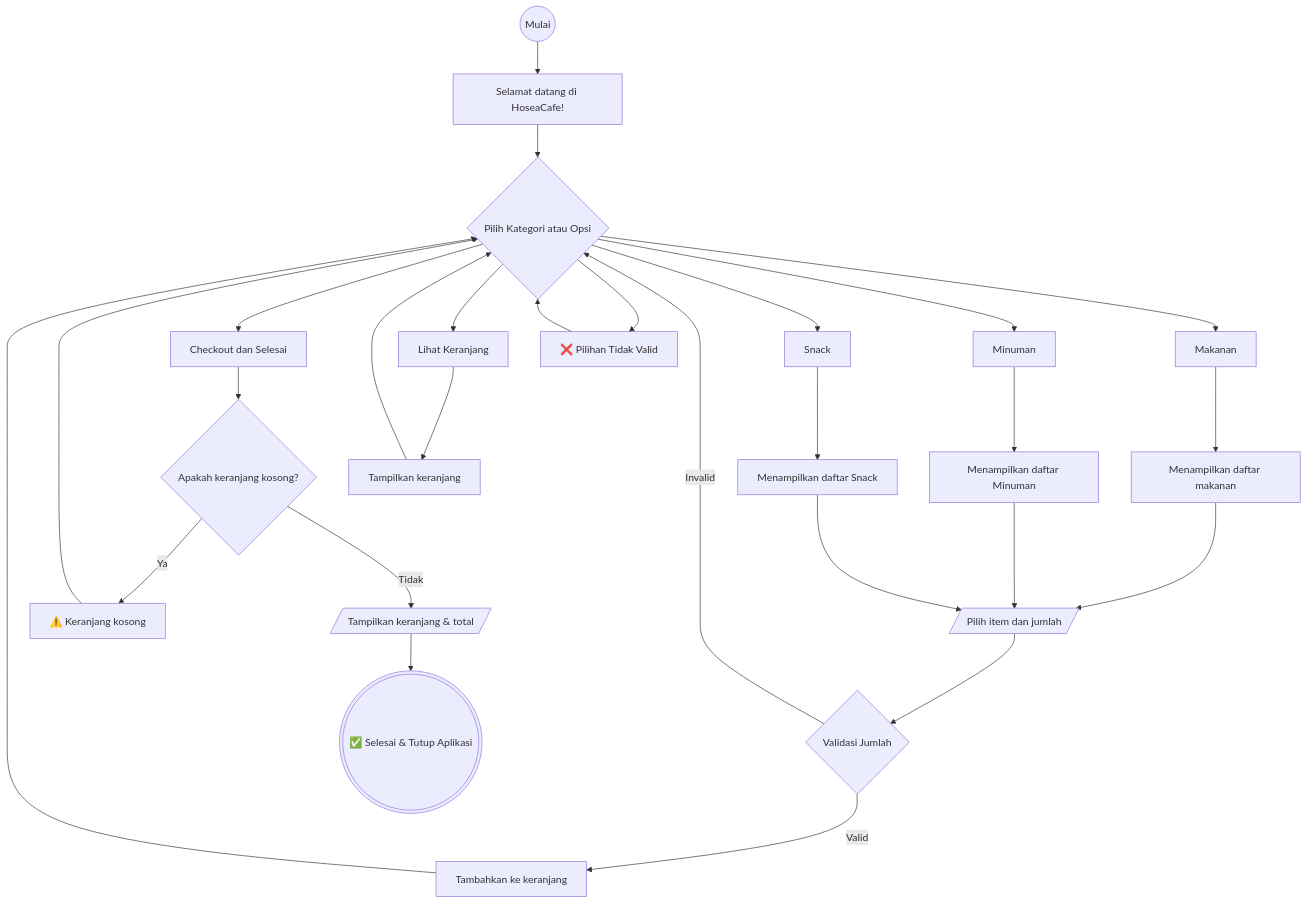
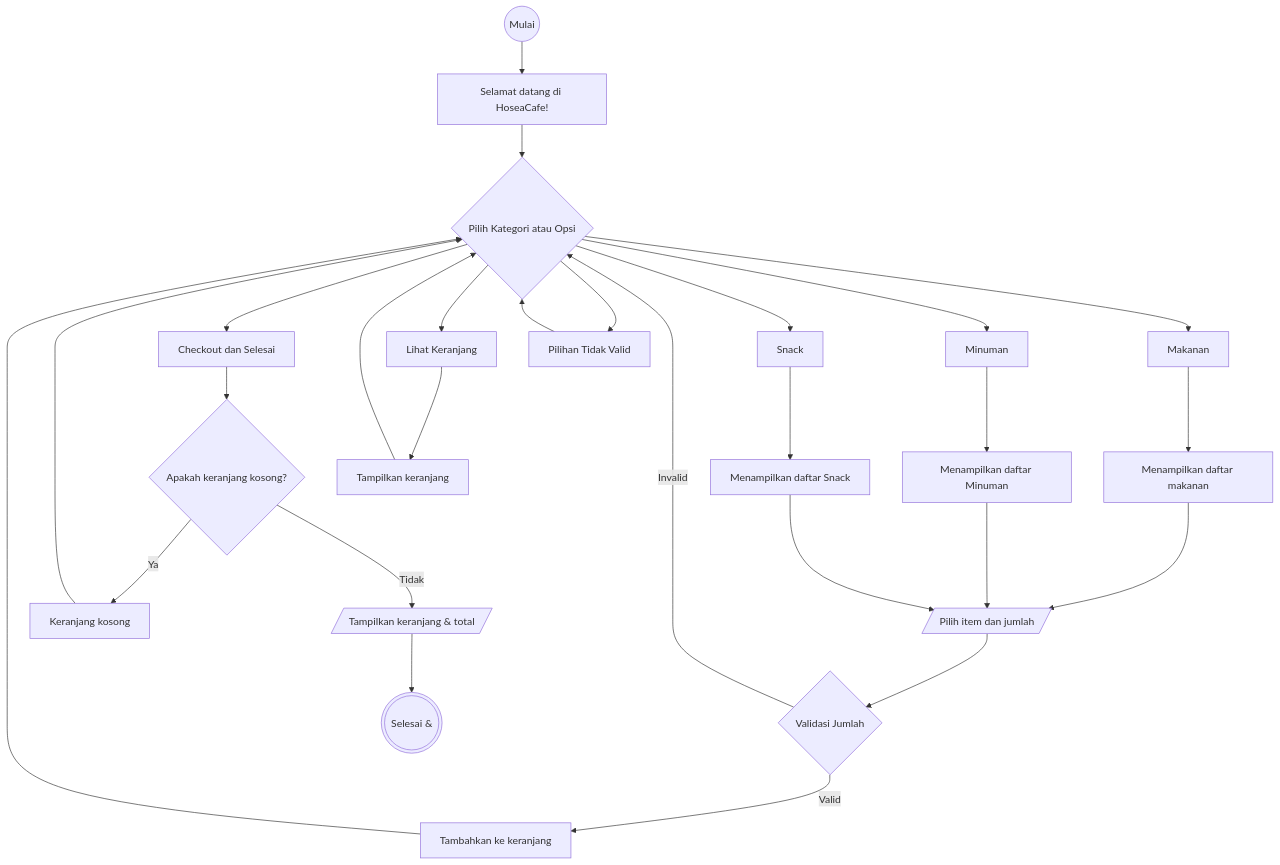
Before and after one commit to HN721/fgo24-weeklytask1: the diagram in Pemesanan.md, drawn with Mermaid.

````diff
--- a/Pemesanan.md
+++ b/Pemesanan.md
@@ -1,58 +1,58 @@
 ```mermaid
 
 flowchart TD
     A@{ shape: circle,label: "Mulai"}
     B@{ shape: rectangle, label: "Selamat datang di HoseaCafe!"}
     C@{ shape: diamond,label: "Pilih Kategori atau Opsi"}
     D1@{shape: rectangle, label: "Makanan"}
     D2@{shape: rectangle, label: "Minuman"}
     D3@{shape: rectangle, label: "Snack"}
     D4@{shape: rectangle, label: "Lihat Keranjang"}
     D5@{shape: rectangle, label: "Checkout dan Selesai"}
-    D6@{shape: rectangle, label: "❌ Pilihan Tidak Valid"}
+    D6@{shape: rectangle, label: " Pilihan Tidak Valid"}
    E1@{shape:rectangle, label: "Menampilkan daftar makanan"}
    E2@{shape:rectangle, label: "Menampilkan daftar Minuman"}
    E3@{shape:rectangle, label: "Menampilkan daftar Snack"}
 
    F@{shape: lean-r, label: "Pilih item dan jumlah"}
    G@{shape: diamond, label: "Validasi Jumlah"}
    H@{shape: rectangle, label: "Tambahkan ke keranjang"}
    I@{shape: rectangle, label: "Tampilkan keranjang" }
    J@{shape : diamond, label: "Apakah keranjang kosong?"}
-   K@{shape : rectangle ,label: "⚠️ Keranjang kosong"}
+   K@{shape : rectangle ,label: " Keranjang kosong"}
    L@{shape : lean-r , label : "Tampilkan keranjang & total" }
-   M@{shape: dbl-circ, label: "✅ Selesai & Tutup Aplikasi"}
+   M@{shape: dbl-circ, label: " Selesai & "}
     A --> B
     B --> C
     C --> D1
     C --> D2
     C --> D3
     C --> D4
     C --> D5
     C --> D6
 
     D1 --> E1
     D2 --> E2
     D3 --> E3
 
     E1 --> F
     E2 --> F
     E3 --> F
 
     F --> G
     G -->|Invalid| C
     G -->|Valid| H
     H --> C
 
     D4 --> I
     I --> C
 
     D5 --> J
     J -->|Ya| K
     K --> C
     J -->|Tidak| L
     L --> M
 
     D6 --> C
 
 ```
````
